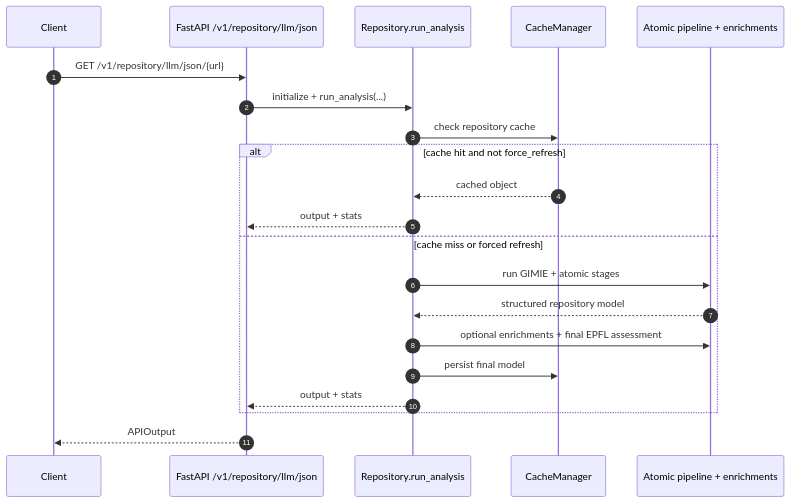
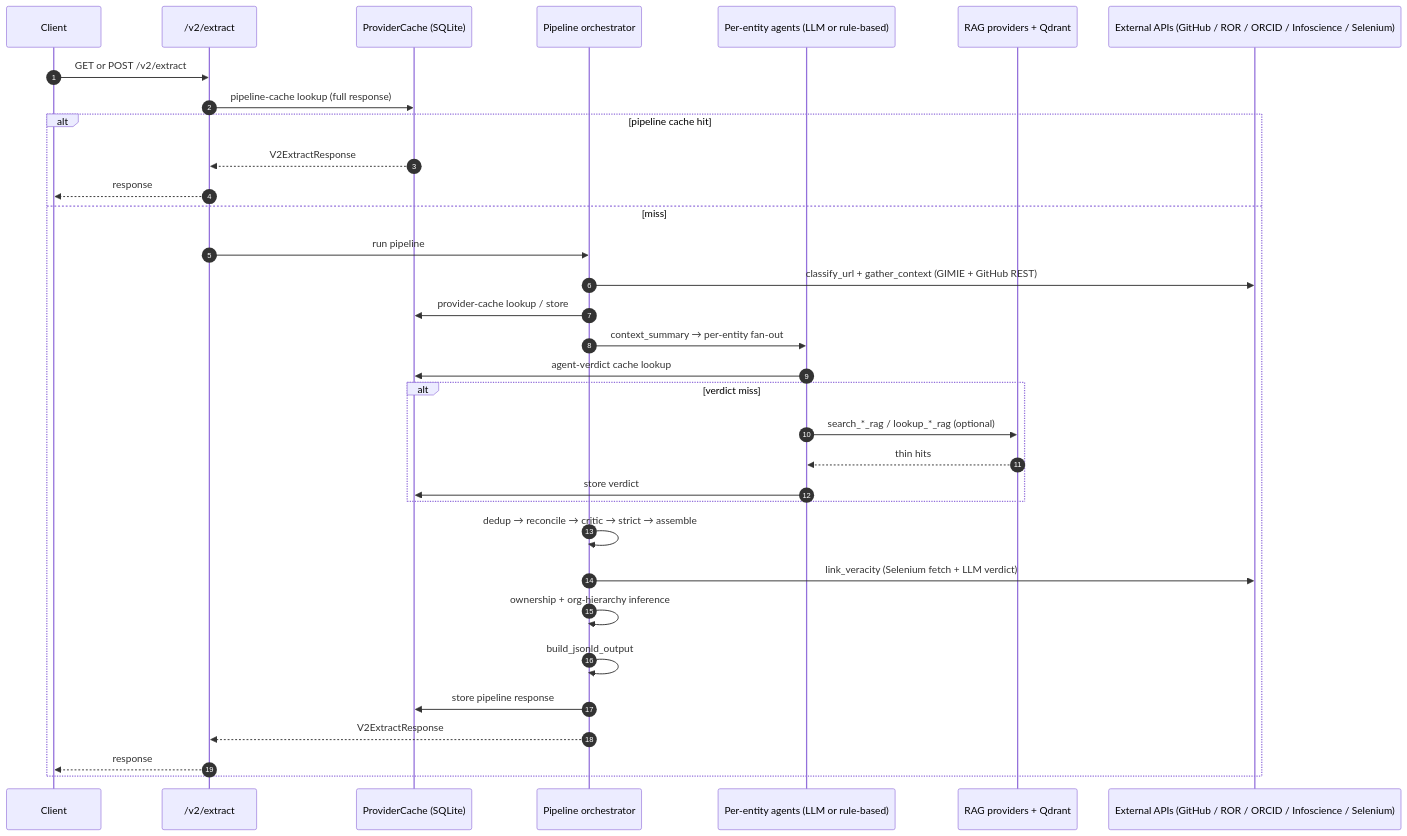
Before and after one commit to Imaging-Plaza/git-metadata-extractor: the second of 3 diagrams in docs/architecture/design-notes.md, drawn with Mermaid. The commit also changed other lines of this file and 227 other files, not shown here.

Commit message:
feat(RAGs): Enhance .env.example with detailed settings for SWISSUbase, RenkuLab, and EPFL Graph indices. Update AGENTS.md and justfile with new indexer commands and documentation for improved clarity and usability. Modify mkdocs.yml to reflect new documentation structure and sections.

````diff
--- a/docs/architecture/design-notes.md
+++ b/docs/architecture/design-notes.md
@@ -68,24 +89,36 @@
 ```mermaid
 sequenceDiagram
     autonumber
     participant Client
-    participant API as FastAPI /v1/repository/llm/json
-    participant Repo as Repository.run_analysis
-    participant Cache as CacheManager
-    participant Pipe as Atomic pipeline + enrichments
+    participant API as /v2/extract
+    participant Cache as ProviderCache (SQLite)
+    participant Orch as Pipeline orchestrator
+    participant Agents as Per-entity agents (LLM or rule-based)
+    participant RAG as RAG providers + Qdrant
+    participant Ext as External APIs (GitHub / ROR / ORCID / Infoscience / Selenium)
 
-    Client->>API: GET /v1/repository/llm/json/{url}
-    API->>Repo: initialize + run_analysis(...)
-    Repo->>Cache: check repository cache
-    alt cache hit and not force_refresh
-        Cache-->>Repo: cached object
-        Repo-->>API: output + stats
-    else cache miss or forced refresh
-        Repo->>Pipe: run GIMIE + atomic stages
-        Pipe-->>Repo: structured repository model
-        Repo->>Pipe: optional enrichments + final EPFL assessment
-        Repo->>Cache: persist final model
-        Repo-->>API: output + stats
+    Client->>API: GET or POST /v2/extract
+    API->>Cache: pipeline-cache lookup (full response)
+    alt pipeline cache hit
+        Cache-->>API: V2ExtractResponse
+        API-->>Client: response
+    else miss
+        API->>Orch: run pipeline
+        Orch->>Ext: classify_url + gather_context (GIMIE + GitHub REST)
+        Orch->>Cache: provider-cache lookup / store
+        Orch->>Agents: context_summary → per-entity fan-out
+        Agents->>Cache: agent-verdict cache lookup
+        alt verdict miss
+            Agents->>RAG: search_*_rag / lookup_*_rag (optional)
+            RAG-->>Agents: thin hits
+            Agents->>Cache: store verdict
+        end
+        Orch->>Orch: dedup → reconcile → critic → strict → assemble
+        Orch->>Ext: link_veracity (Selenium fetch + LLM verdict)
+        Orch->>Orch: ownership + org-hierarchy inference
+        Orch->>Orch: build_jsonld_output
+        Orch->>Cache: store pipeline response
+        Orch-->>API: V2ExtractResponse
+        API-->>Client: response
     end
-    API-->>Client: APIOutput
 ```
````
